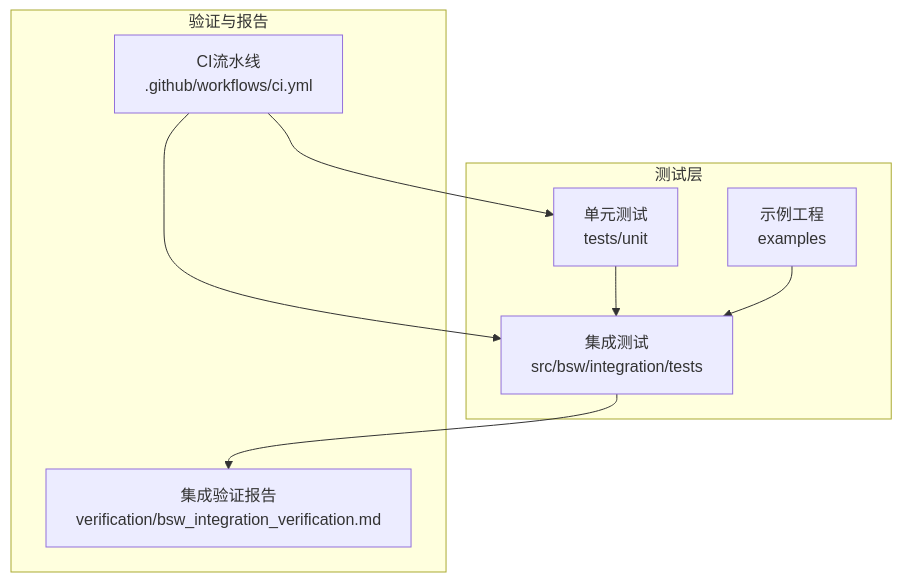
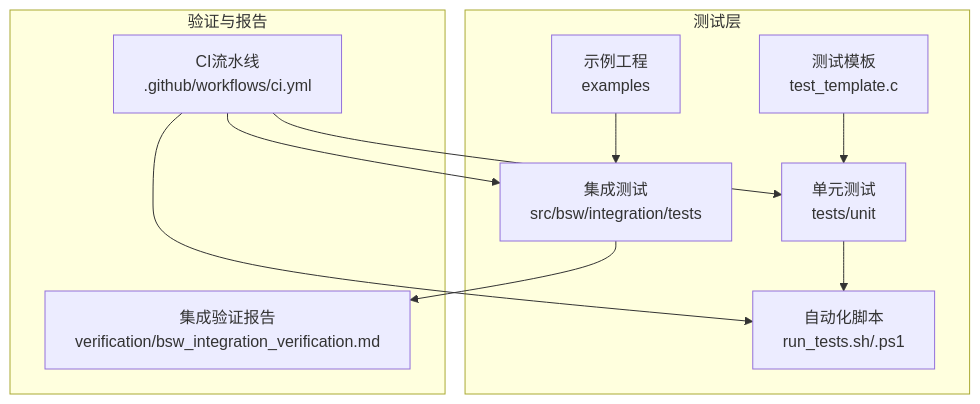
One commit to frisky1985/yuleASR changed the first of 8 diagrams in .qoder/repowiki/zh/content/测试策略/测试策略.md. Above: the diagram before and after it, drawn with Mermaid. The commit also changed other lines of this file and 12 other files, not shown here.

````diff
--- a/.qoder/repowiki/zh/content/测试策略/测试策略.md
+++ b/.qoder/repowiki/zh/content/测试策略/测试策略.md
@@ -39,17 +53,21 @@
 ```mermaid
 graph TB
 subgraph "测试层"
 UT["单元测试<br/>tests/unit"]
+UTT["测试模板<br/>test_template.c"]
+AUT["自动化脚本<br/>run_tests.sh/.ps1"]
 IT["集成测试<br/>src/bsw/integration/tests"]
 EX["示例工程<br/>examples"]
 end
 subgraph "验证与报告"
 VR["集成验证报告<br/>verification/bsw_integration_verification.md"]
 CI["CI流水线<br/>.github/workflows/ci.yml"]
 end
-UT --> IT
+UT --> AUT
+UTT --> UT
 IT --> VR
 EX --> IT
 CI --> UT
 CI --> IT
+CI --> AUT
 ```
````
